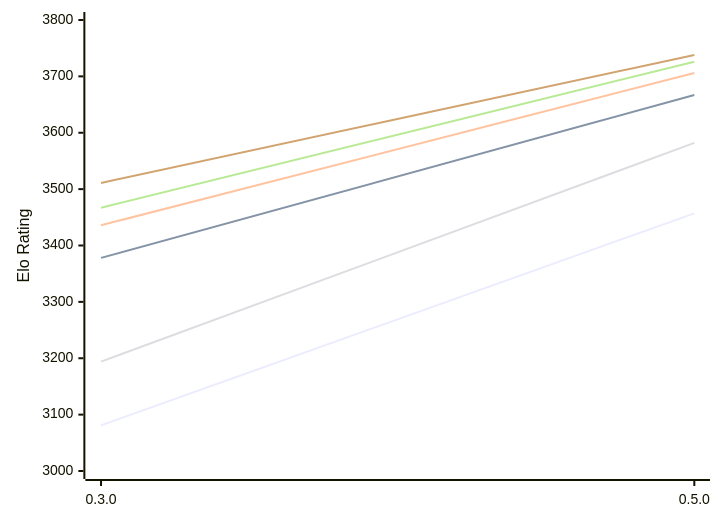
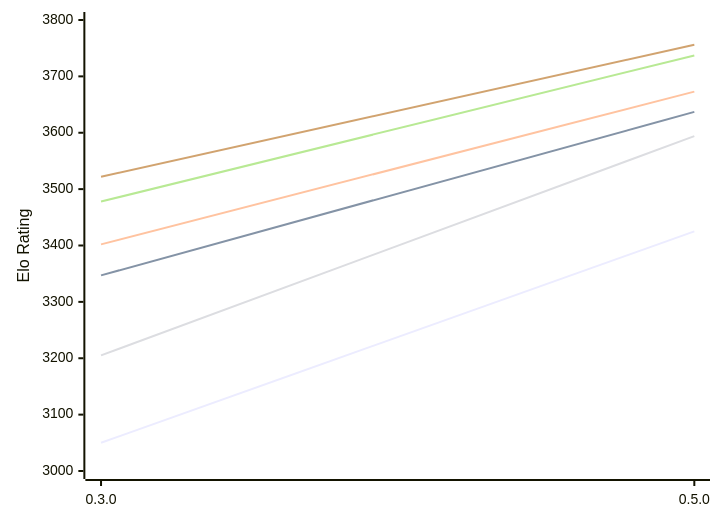
The first of 2 diagrams in engines/Justbot.md (computer-chess-index/cci), drawn with Mermaid before and after one commit. The commit also changed other lines of this file, not shown here.

Commit message:
Update CCI Ratings (ELO VLTC) - 2026-11-12

````diff
--- a/engines/Justbot.md
+++ b/engines/Justbot.md
@@ -53,12 +53,12 @@
 ```mermaid
 %%{init: {"theme":"base","themeVariables":{"seriesColors:['#a3a3a3','#222221','#faa371']}}}%%
 xychart-beta
   x-axis ["0.3.0", "0.5.0"]
   y-axis "Elo Rating" 3000 --> 3800
-  line "E1: STC (8.0+0.08s)" [3081, 3457]
-  line "E1: LTC (60.0+0.60s)" [3378, 3667]
-  line "E1: VLTC (2m24s+1.12s)" [3436, 3706]
-  line "P1: STC (8.0+0.08s)" [3194, 3582]
-  line "P1: LTC (60.0+0.60s)" [3467, 3726]
-  line "P1: VLTC (2m24s+1.12s)" [3511, 3738]
+  line "E1: STC (8.0+0.08s)" [3050, 3425]
+  line "E1: LTC (60.0+0.60s)" [3347, 3637]
+  line "E1: VLTC (2m24s+1.12s)" [3402, 3673]
+  line "P1: STC (8.0+0.08s)" [3205, 3594]
+  line "P1: LTC (60.0+0.60s)" [3478, 3737]
+  line "P1: VLTC (2m24s+1.12s)" [3522, 3756]
 ```
````
